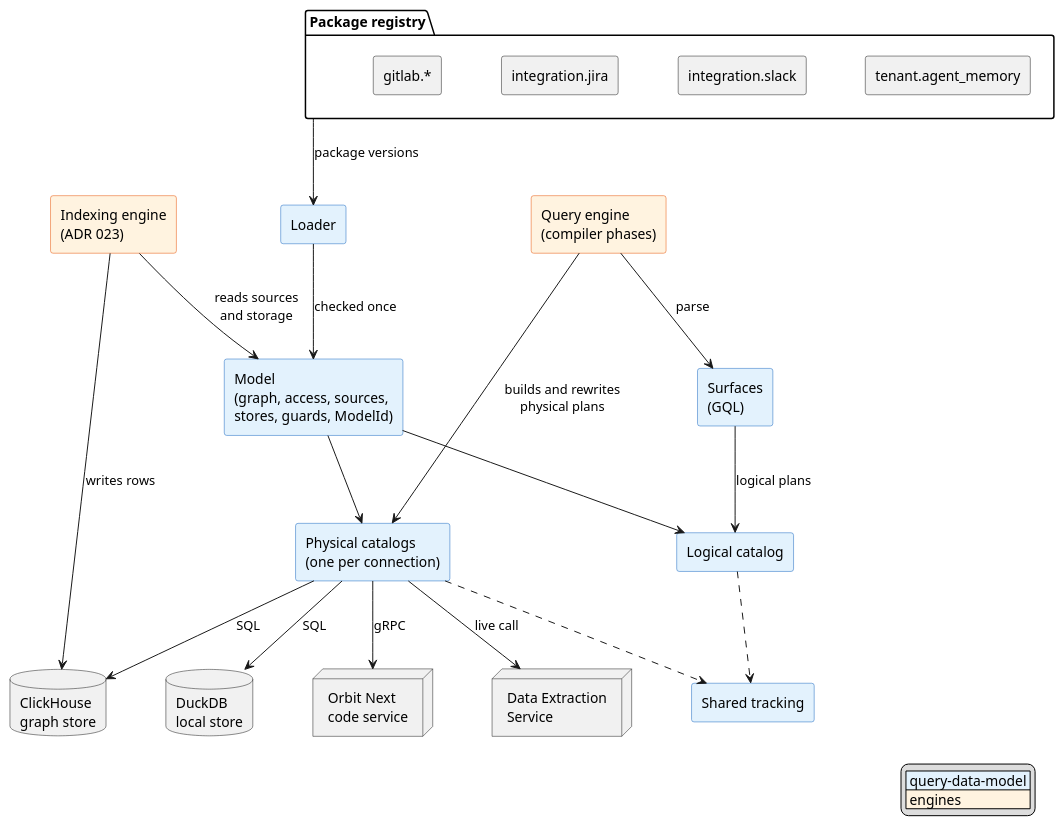
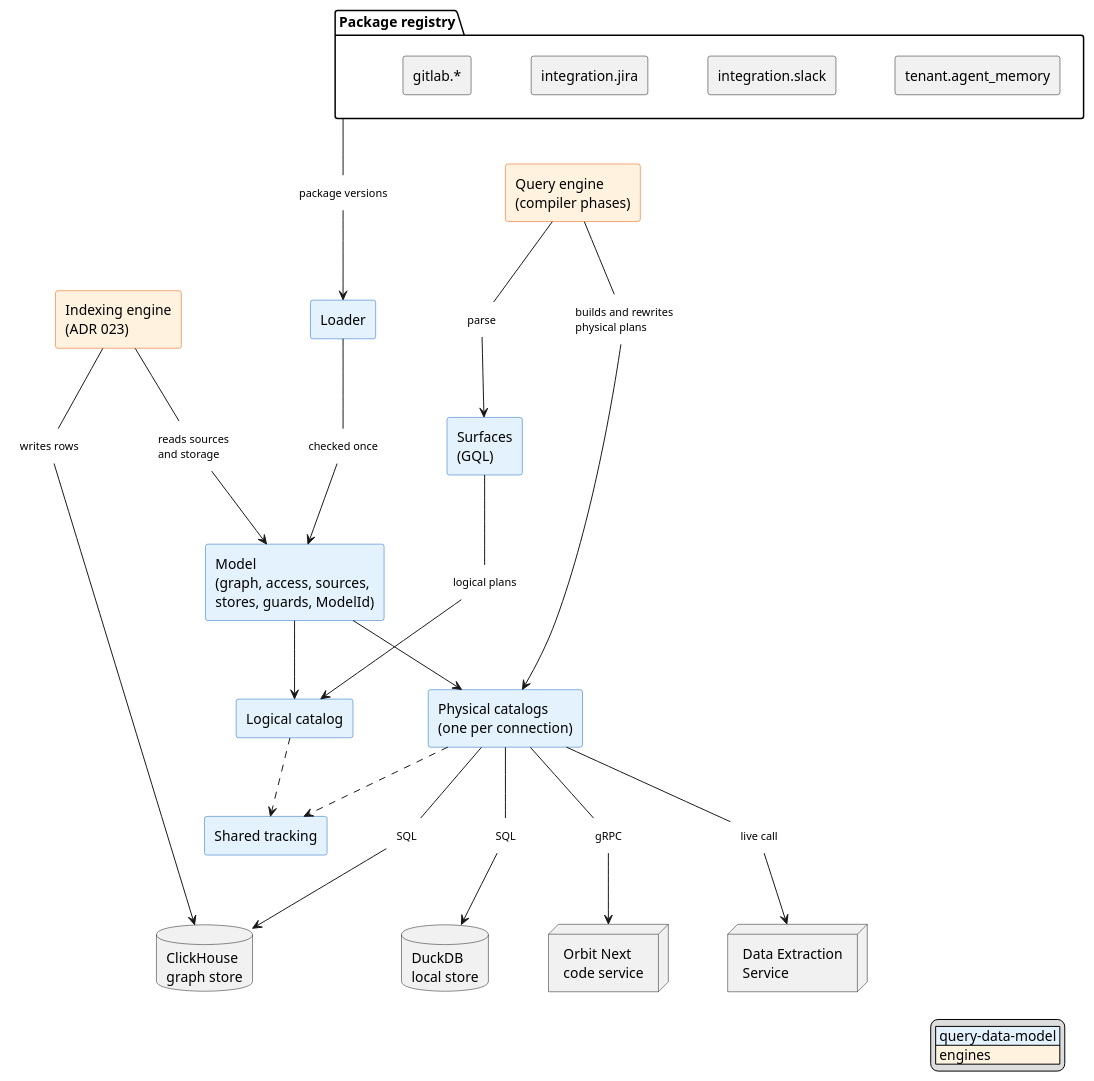
One commit to gitlabhq/orbit-knowledge-graph changed the first of 7 diagrams in docs/pages/engineering/adr/024_pluggable_data_model.md. Above: the diagram before and after it, drawn with PlantUML. The commit also changed other lines of this file, not shown here.

```diff
--- a/docs/pages/engineering/adr/024_pluggable_data_model.md
+++ b/docs/pages/engineering/adr/024_pluggable_data_model.md
@@ -70,6 +70,11 @@
   BorderColor<<qdm>> #1565C0
   BackgroundColor<<engine>> #FFF3E0
   BorderColor<<engine>> #E65100
+}
+skinparam rectangle {
+  BackgroundColor<<label>> #FFFFFF
+  BorderColor<<label>> #FFFFFF
+  FontSize<<label>> 11
 }
 hide stereotype
 
@@ -99,21 +104,43 @@
 P2 -[hidden]right- P3
 P3 -[hidden]right- P4
 
-REG --> L : package versions
-L --> M : checked once
+rectangle "package versions" <<label>> as LBL1
+REG -- LBL1
+LBL1 --> L
+rectangle "checked once" <<label>> as LBL2
+L -- LBL2
+LBL2 --> M
 M --> LC
 M --> PC
-E --> S : parse
-S --> LC : logical plans
-E --> PC : builds and rewrites\nphysical plans
-IX --> M : reads sources\nand storage
+rectangle "parse" <<label>> as LBL3
+E -- LBL3
+LBL3 --> S
+rectangle "logical plans" <<label>> as LBL4
+S -- LBL4
+LBL4 --> LC
+rectangle "builds and rewrites\nphysical plans" <<label>> as LBL5
+E -- LBL5
+LBL5 --> PC
+rectangle "reads sources\nand storage" <<label>> as LBL6
+IX -- LBL6
+LBL6 --> M
 LC ..> T
 PC ..> T
-PC --> CH : SQL
-PC --> DD : SQL
-PC --> ON : gRPC
-PC --> DES : live call
-IX --> CH : writes rows
+rectangle "SQL" <<label>> as LBL7
+PC -- LBL7
+LBL7 --> CH
+rectangle "SQL" <<label>> as LBL8
+PC -- LBL8
+LBL8 --> DD
+rectangle "gRPC" <<label>> as LBL9
+PC -- LBL9
+LBL9 --> ON
+rectangle "live call" <<label>> as LBL10
+PC -- LBL10
+LBL10 --> DES
+rectangle "writes rows" <<label>> as LBL11
+IX -- LBL11
+LBL11 --> CH
 
 legend right
   |<#E3F2FD> query-data-model |
```
